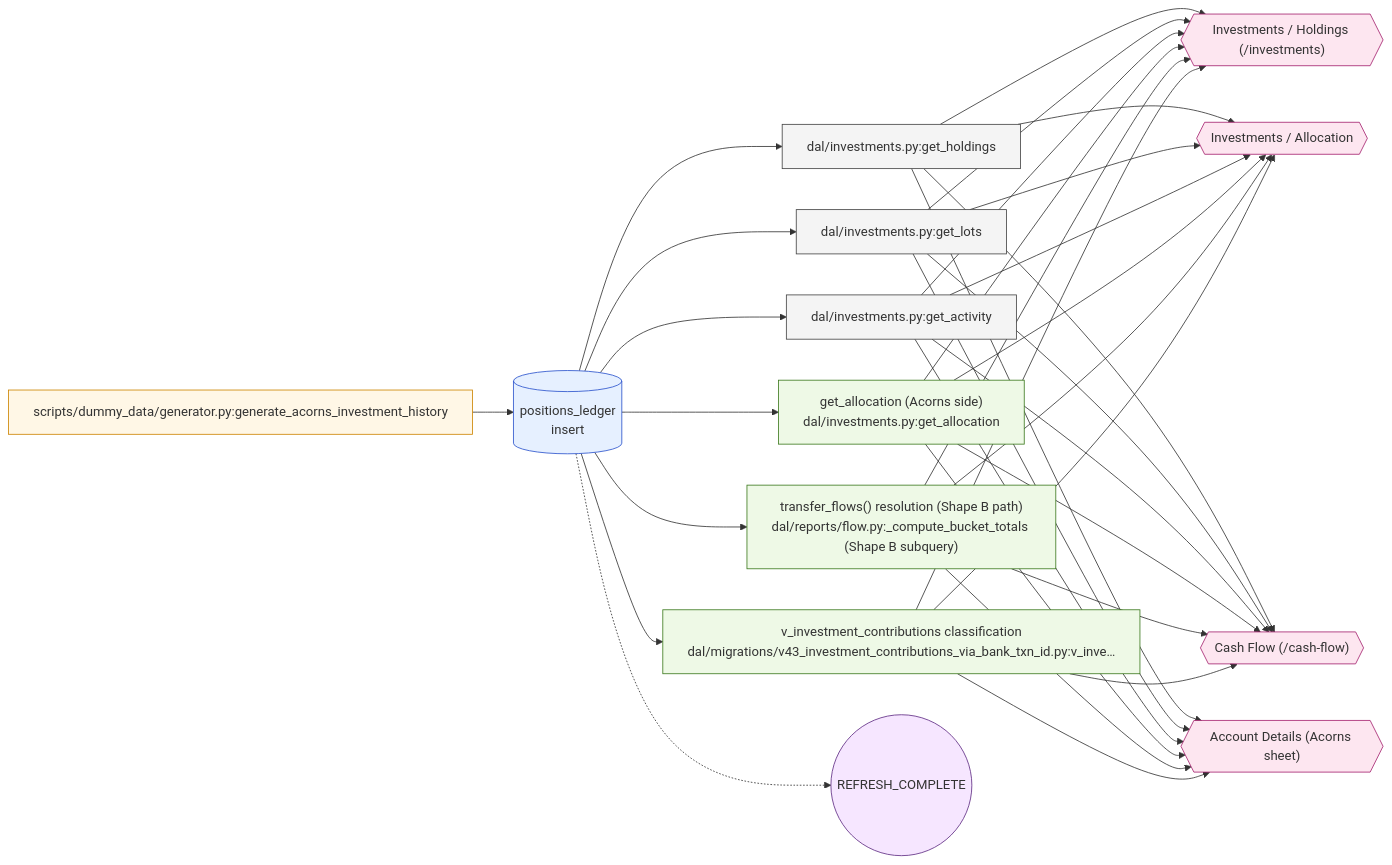
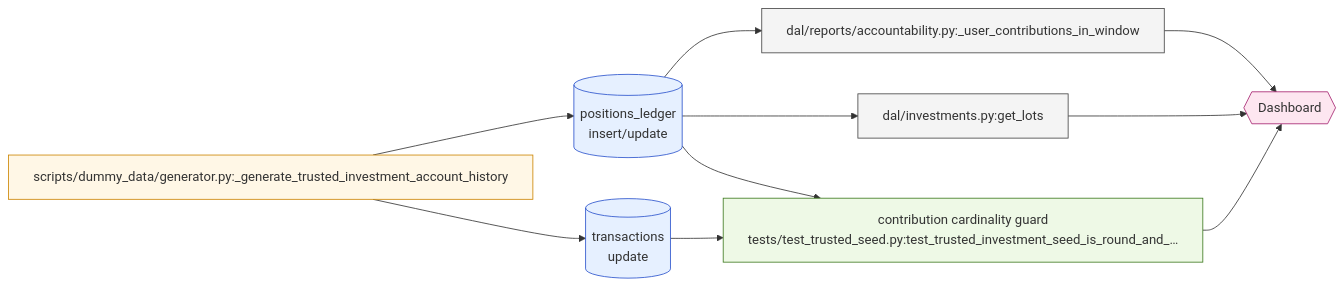
One commit to wileyqe/Sentry-Finance changed the diagram in docs/data-lineage/diagrams/investment_implied_buy.mmd. Above: the diagram before and after it, drawn with Mermaid. The commit also changed 44 other files, not shown here.

Commit message:
Simplify canonical investment seed

```diff
--- a/docs/data-lineage/diagrams/investment_implied_buy.mmd
+++ b/docs/data-lineage/diagrams/investment_implied_buy.mmd
@@ -1,62 +1,32 @@
 %% Auto-generated by build_diagrams.py — do not edit by hand.
 %% Event: investment_implied_buy (class: user_action)
 %% Investment implied buy (inferred from bank debit)
 graph LR
-  origin["scripts/dummy_data/generator.py:generate_acorns_investment_history"]
-  tbl_positions_ledger[("positions_ledger<br/>insert")]
+  origin["scripts/dummy_data/generator.py:_generate_trusted_investment_account_history"]
+  tbl_positions_ledger[("positions_ledger<br/>insert/update")]
   origin --> tbl_positions_ledger
-  dc0_get_holdings["dal/investments.py:get_holdings"]
+  tbl_transactions[("transactions<br/>update")]
+  origin --> tbl_transactions
+  dc0_user_contributions_in_window["dal/reports/accountability.py:_user_contributions_in_window"]
   dc1_get_lots["dal/investments.py:get_lots"]
-  dc2_get_activity["dal/investments.py:get_activity"]
-  dv0_get_allocation_Acorns_side["get_allocation (Acorns side)<br/>dal/investments.py:get_allocation"]
-  dv1_transfer_flows_resolution_Shape_B_path["transfer_flows() resolution (Shape B path)<br/>dal/reports/flow.py:_compute_bucket_totals (Shape B subquery)"]
-  dv2_v_investment_contributions_classification["v_investment_contributions classification<br/>dal/migrations/v43_investment_contributions_via_bank_txn_id.py:v_inve…"]
-  tbl_positions_ledger --> dc0_get_holdings
+  dv0_contribution_cardinality_guard["contribution cardinality guard<br/>tests/test_trusted_seed.py:test_trusted_investment_seed_is_round_and_…"]
+  tbl_positions_ledger --> dc0_user_contributions_in_window
   tbl_positions_ledger --> dc1_get_lots
-  tbl_positions_ledger --> dc2_get_activity
-  tbl_positions_ledger --> dv0_get_allocation_Acorns_side
-  tbl_positions_ledger --> dv1_transfer_flows_resolution_Shape_B_path
-  tbl_positions_ledger --> dv2_v_investment_contributions_classification
-  ui0_Investments_Holdings_investments{{"Investments / Holdings (/investments)"}}
-  ui1_Investments_Allocation{{"Investments / Allocation"}}
-  ui2_Cash_Flow_cash_flow{{"Cash Flow (/cash-flow)"}}
-  ui3_Account_Details_Acorns_sheet{{"Account Details (Acorns sheet)"}}
-  dc0_get_holdings --> ui0_Investments_Holdings_investments
-  dc1_get_lots --> ui0_Investments_Holdings_investments
-  dc2_get_activity --> ui0_Investments_Holdings_investments
-  dv0_get_allocation_Acorns_side --> ui0_Investments_Holdings_investments
-  dv1_transfer_flows_resolution_Shape_B_path --> ui0_Investments_Holdings_investments
-  dv2_v_investment_contributions_classification --> ui0_Investments_Holdings_investments
-  dc0_get_holdings --> ui1_Investments_Allocation
-  dc1_get_lots --> ui1_Investments_Allocation
-  dc2_get_activity --> ui1_Investments_Allocation
-  dv0_get_allocation_Acorns_side --> ui1_Investments_Allocation
-  dv1_transfer_flows_resolution_Shape_B_path --> ui1_Investments_Allocation
-  dv2_v_investment_contributions_classification --> ui1_Investments_Allocation
-  dc0_get_holdings --> ui2_Cash_Flow_cash_flow
-  dc1_get_lots --> ui2_Cash_Flow_cash_flow
-  dc2_get_activity --> ui2_Cash_Flow_cash_flow
-  dv0_get_allocation_Acorns_side --> ui2_Cash_Flow_cash_flow
-  dv1_transfer_flows_resolution_Shape_B_path --> ui2_Cash_Flow_cash_flow
-  dv2_v_investment_contributions_classification --> ui2_Cash_Flow_cash_flow
-  dc0_get_holdings --> ui3_Account_Details_Acorns_sheet
-  dc1_get_lots --> ui3_Account_Details_Acorns_sheet
-  dc2_get_activity --> ui3_Account_Details_Acorns_sheet
-  dv0_get_allocation_Acorns_side --> ui3_Account_Details_Acorns_sheet
-  dv1_transfer_flows_resolution_Shape_B_path --> ui3_Account_Details_Acorns_sheet
-  dv2_v_investment_contributions_classification --> ui3_Account_Details_Acorns_sheet
-  ex0_REFRESH_COMPLETE(("REFRESH_COMPLETE"))
-  tbl_positions_ledger -.-> ex0_REFRESH_COMPLETE
+  tbl_positions_ledger --> dv0_contribution_cardinality_guard
+  tbl_transactions --> dv0_contribution_cardinality_guard
+  ui0_Dashboard{{"Dashboard"}}
+  dc0_user_contributions_in_window --> ui0_Dashboard
+  dc1_get_lots --> ui0_Dashboard
+  dv0_contribution_cardinality_guard --> ui0_Dashboard
 
   classDef origin fill:#fff7e6,stroke:#cc8400,stroke-width:1px;
   classDef table fill:#e6f0ff,stroke:#2952cc,stroke-width:1px;
   classDef consumer fill:#f4f4f4,stroke:#444,stroke-width:1px;
   classDef derivation fill:#eef9e6,stroke:#3d7a1f,stroke-width:1px;
   classDef ui fill:#fde6f0,stroke:#a5226f,stroke-width:1px;
   classDef effect fill:#f6e6ff,stroke:#5e2a82,stroke-width:1px;
   class origin origin;
-  class tbl_positions_ledger table;
-  class dc0_get_holdings,dc1_get_lots,dc2_get_activity consumer;
-  class dv0_get_allocation_Acorns_side,dv1_transfer_flows_resolution_Shape_B_path,dv2_v_investment_contributions_classification derivation;
-  class ui0_Investments_Holdings_investments,ui1_Investments_Allocation,ui2_Cash_Flow_cash_flow,ui3_Account_Details_Acorns_sheet ui;
-  class ex0_REFRESH_COMPLETE effect;
+  class tbl_positions_ledger,tbl_transactions table;
+  class dc0_user_contributions_in_window,dc1_get_lots consumer;
+  class dv0_contribution_cardinality_guard derivation;
+  class ui0_Dashboard ui;
```
